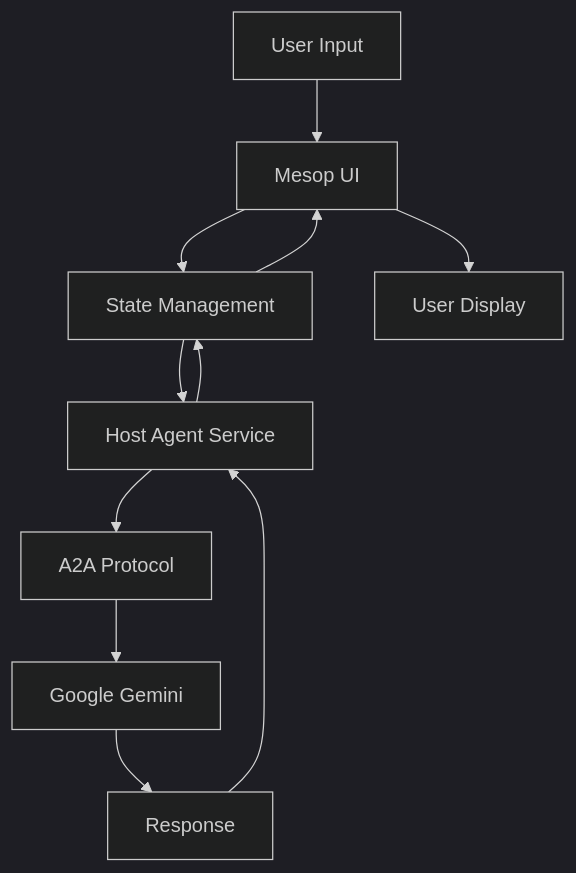
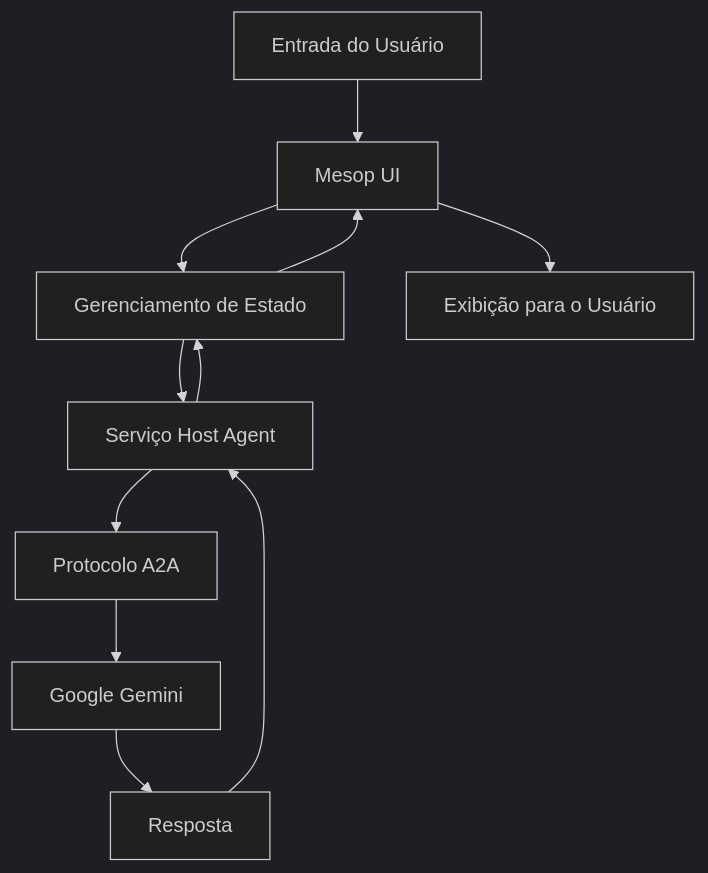
One commit to diegofornalha/ui-mesop-py changed the diagram in docs/ARCHITECTURE.md. Above: the diagram before and after it, drawn with Mermaid (dark theme). The commit also changed other lines of this file and 5 other files, not shown here.

````diff
--- a/docs/ARCHITECTURE.md
+++ b/docs/ARCHITECTURE.md
@@ -46,13 +46,13 @@
 ```mermaid
 graph TD
-    A[User Input] --> B[Mesop UI]
-    B --> C[State Management]
-    C --> D[Host Agent Service]
-    D --> E[A2A Protocol]
+    A[Entrada do Usuário] --> B[Mesop UI]
+    B --> C[Gerenciamento de Estado]
+    C --> D[Serviço Host Agent]
+    D --> E[Protocolo A2A]
     E --> F[Google Gemini]
-    F --> G[Response]
+    F --> G[Resposta]
     G --> D
     D --> C
     C --> B
-    B --> H[User Display]
+    B --> H[Exibição para o Usuário]
 ```
````
